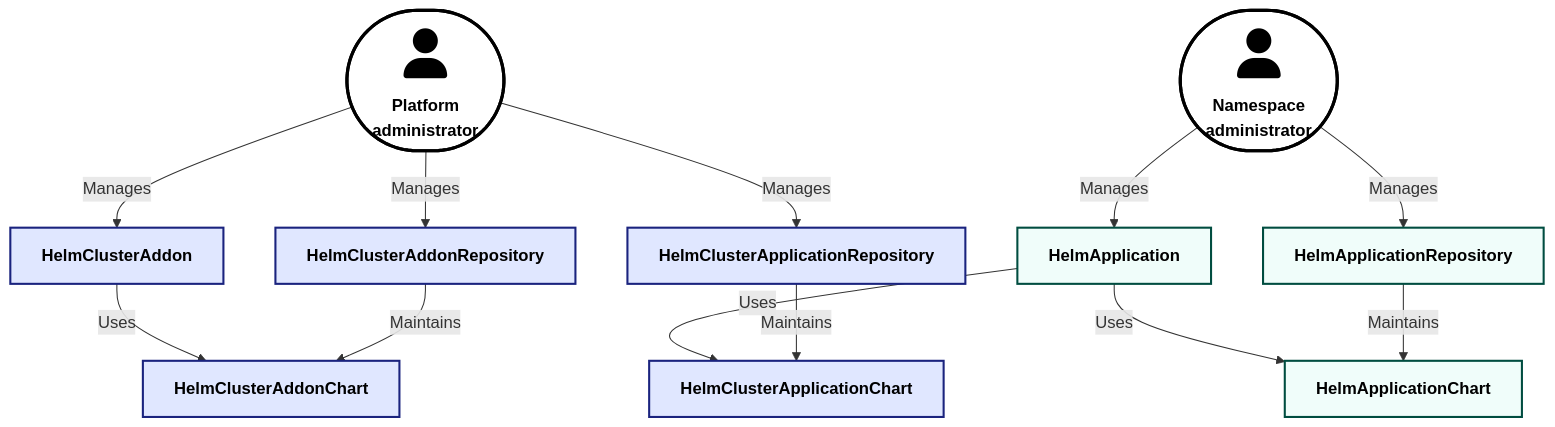
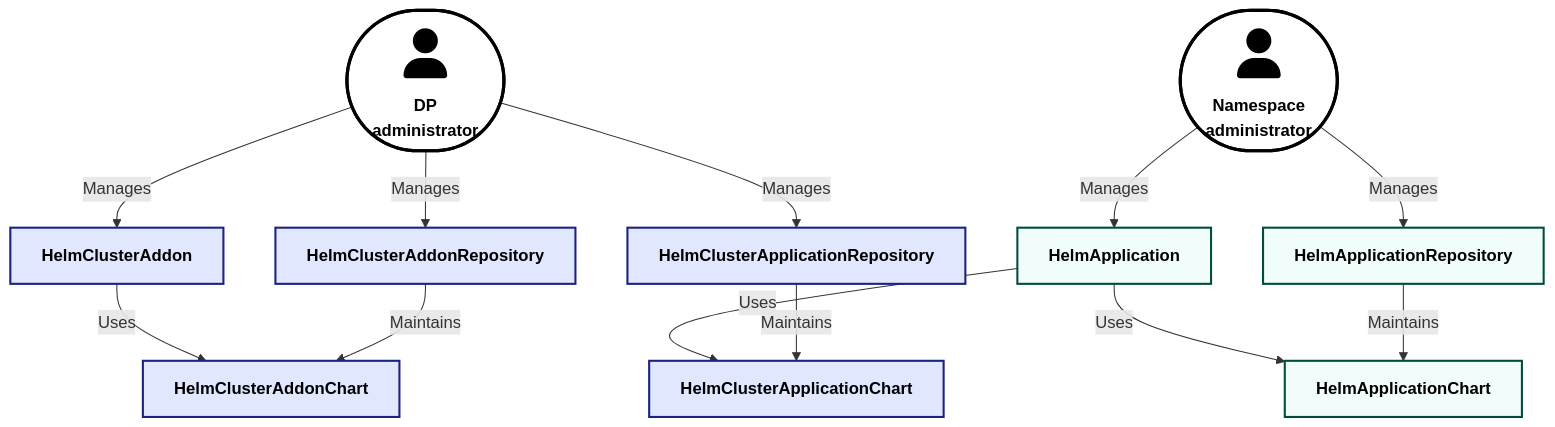
The diagram in docs/README.md (deckhouse/operator-helm), drawn with Mermaid before and after one commit. The commit also changed other lines of this file and 11 other files, not shown here.

````diff
--- a/docs/README.md
+++ b/docs/README.md
@@ -31,34 +34,34 @@
 ```mermaid
 flowchart TB
   classDef actor fill:#ffffff,stroke:#000000,color:#000000,stroke-width:3px;
   classDef cluster fill:#e0e7ff,stroke:#1a237e,color:#000000,stroke-width:2px;
   classDef ns fill:#f0fdfa,stroke:#004d40,color:#000000,stroke-width:2px;
 
-  ADM(["<font size=12px>fa:fa-user</font><br/><b>Platform<br/>administrator</b>"]):::actor
+  ADM(["<font size=12px>fa:fa-user</font><br/><b>DP<br/>administrator</b>"]):::actor
   USR(["<font size=12px>fa:fa-user</font><br/><b>Namespace<br/>administrator</b>"]):::actor
 
   HCA["<b>HelmClusterAddon</b>"]:::cluster
   HCAR["<b>HelmClusterAddonRepository</b>"]:::cluster
   HCApR["<b>HelmClusterApplicationRepository</b>"]:::cluster
 
   HA["<b>HelmApplication</b>"]:::ns
   HAR["<b>HelmApplicationRepository</b>"]:::ns
 
   HCAC["<b>HelmClusterAddonChart</b>"]:::cluster
   HCApC["<b>HelmClusterApplicationChart</b>"]:::cluster
   HAC["<b>HelmApplicationChart</b>"]:::ns
 
   ADM -->|Manages| HCA
   ADM -->|Manages| HCAR
   ADM -->|Manages| HCApR
   HCA -->|Uses| HCAC
   HCAR -->|Maintains| HCAC
 
   USR -->|Manages| HA
   USR -->|Manages| HAR
   HA -->|Uses| HAC
   HA -->|Uses| HCApC
   HAR -->|Maintains| HAC
 
   HCApR -->|Maintains| HCApC
 ```
````
